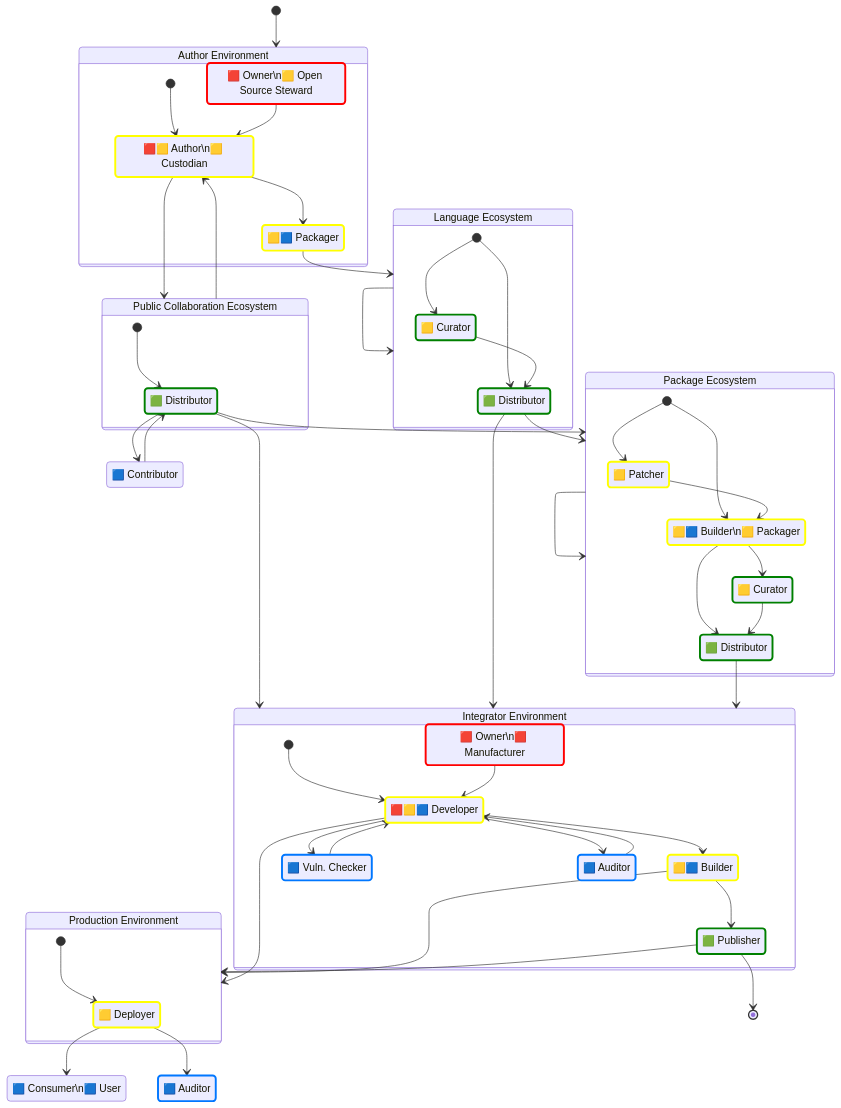
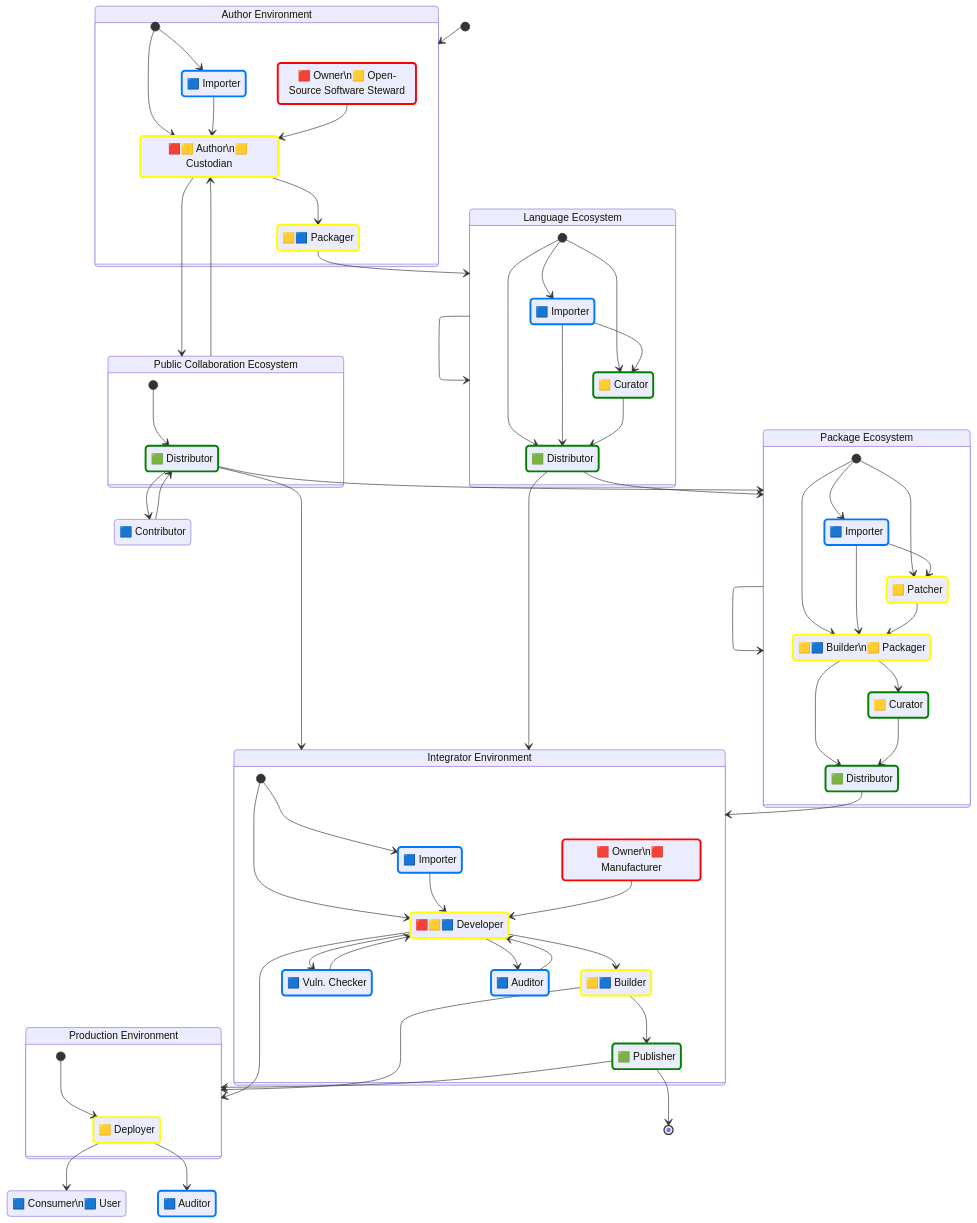
The diagram in docs/supplychain-sbom.md (CPAN-Security/security.metacpan.org), drawn with Mermaid before and after one commit. The commit also changed other lines of this file, not shown here.

Commit message:
Add Importer role; Flesh out some definitions;

```diff
--- a/docs/supplychain-sbom.md
+++ b/docs/supplychain-sbom.md
@@ -39,17 +39,21 @@
     accTitle: An idealized Open Source supply chain
 
     %%
-    state "🟥 Owner\n🟨 Open Source Steward" as author_owner
+    state "🟦 Importer" as author_importer
+    state "🟥 Owner\n🟨 Open-Source Software Steward" as author_owner
     state "🟥🟨 Author\n🟨 Custodian" as author
     state "🟩 Distributor" as repository_distributor
+    state "🟦 Importer" as language_importer
     state "🟨🟦 Packager" as language_packager
     state "🟨 Curator" as language_curator
     state "🟩 Distributor" as language_distributor
     state "🟦 Contributor" as contributor
+    state "🟦 Importer" as package_importer
     state "🟨 Patcher" as package_patcher
     state "🟨🟦 Builder\n🟨 Packager" as package_packager
     state "🟨 Curator" as package_curator
     state "🟩 Distributor" as package_distributor
+    state "🟦 Importer" as integrator_importer
     state "🟥 Owner\n🟥 Manufacturer" as integrator_owner
     state "🟥🟨🟦 Developer" as integrator_developer
     state "🟩 Publisher" as integrator_publisher
@@ -68,17 +72,21 @@
     classDef verifiesSBOM stroke:#07f,stroke-width:3px;
 
     %% 
+    class author_importer verifiesSBOM
     class author_owner createsSBOM
     class manufacturer_owner createsSBOM
     class author assemblesSBOM
+    class package_importer verifiesSBOM
     class package_patcher updatesSBOM
     class package_packager assemblesSBOM
     class package_curator distributesSBOM
     class package_distributor distributesSBOM
+    class language_importer verifiesSBOM
     class language_packager assemblesSBOM
     class language_curator distributesSBOM
     class language_distributor distributesSBOM
     class repository_distributor distributesSBOM
+    class integrator_importer verifiesSBOM
     class integrator_owner createsSBOM
     class integrator_developer assemblesSBOM
     class integrator_publisher distributesSBOM
@@ -89,7 +97,9 @@
     class auditor_external verifiesSBOM
 
     state "Author Environment" as ecosystem_author {
+        [*] --> author_importer
         [*] --> author
+        author_importer --> author
         author_owner --> author
         author       --> language_packager
     }
@@ -97,8 +107,11 @@
     [*] --> ecosystem_author
 
     state "Language Ecosystem" as ecosystem_lang {
+        [*] --> language_importer
+        [*] --> language_curator
         [*] --> language_distributor
-        [*] --> language_curator
+        language_importer --> language_distributor
+        language_importer --> language_curator
         language_curator --> language_distributor
     }
 
@@ -116,8 +129,11 @@
     contributor            --> repository_distributor
 
     state "Package Ecosystem" as ecosystem_package {
+        [*] --> package_importer
+        [*] --> package_packager
         [*] --> package_patcher
-        [*] --> package_packager
+        package_importer --> package_patcher
+        package_importer --> package_packager
         package_patcher  --> package_packager
         package_packager --> package_curator
         package_packager --> package_distributor
@@ -129,7 +145,9 @@
     ecosystem_package      --> ecosystem_package
 
     state "Integrator Environment" as ecosystem_integrator {
+        [*] --> integrator_importer
         [*] --> integrator_developer
+        integrator_importer  --> integrator_developer
         integrator_owner     --> integrator_developer
         integrator_builder   --> integrator_publisher
         integrator_developer --> integrator_checker
```
